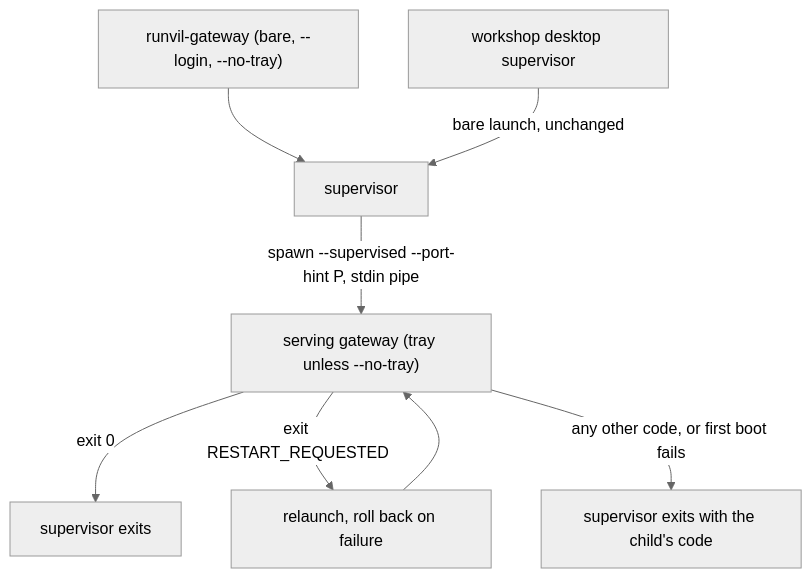
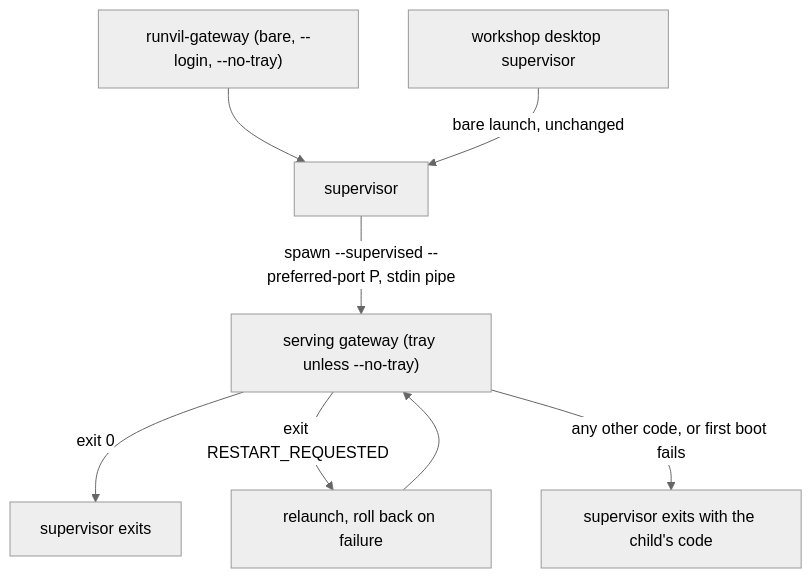
One commit to cppalliance/runvil-gateway changed the first of 2 diagrams in vibe/2026-10/2026-10-06-1-restart-to-apply.md. Above: the diagram before and after it, drawn with Mermaid (neutral theme). The commit also changed other lines of this file and 6 other files, not shown here.

First line of the commit message:
Gateway - Add preferred-port cli arg to enable restarting on the same port

````diff
--- a/vibe/2026-10/2026-10-06-1-restart-to-apply.md
+++ b/vibe/2026-10/2026-10-06-1-restart-to-apply.md
@@ -63,10 +63,10 @@
 ```mermaid
 flowchart TD
     Launch["runvil-gateway (bare, --login, --no-tray)"] --> Sup[supervisor]
     Desktop[workshop desktop supervisor] -->|"bare launch, unchanged"| Sup
-    Sup -->|"spawn --supervised --port-hint P, stdin pipe"| Child["serving gateway (tray unless --no-tray)"]
+    Sup -->|"spawn --supervised --preferred-port P, stdin pipe"| Child["serving gateway (tray unless --no-tray)"]
     Child -->|"exit 0"| SupExit[supervisor exits]
     Child -->|"exit RESTART_REQUESTED"| Restart[relaunch, roll back on failure]
     Child -->|"any other code, or first boot fails"| Exit[supervisor exits with the child's code]
     Restart --> Child
 ```
````
